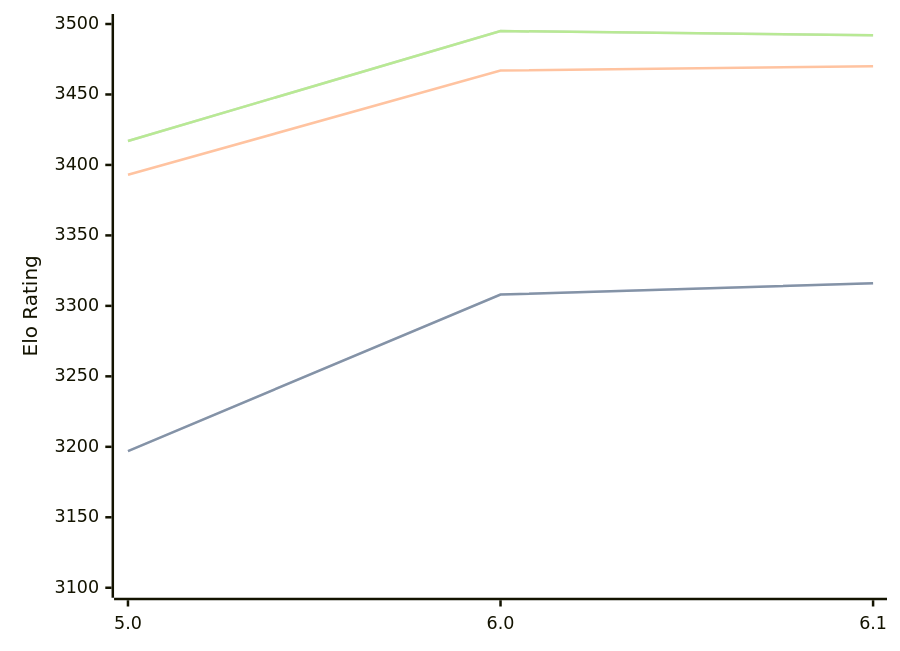
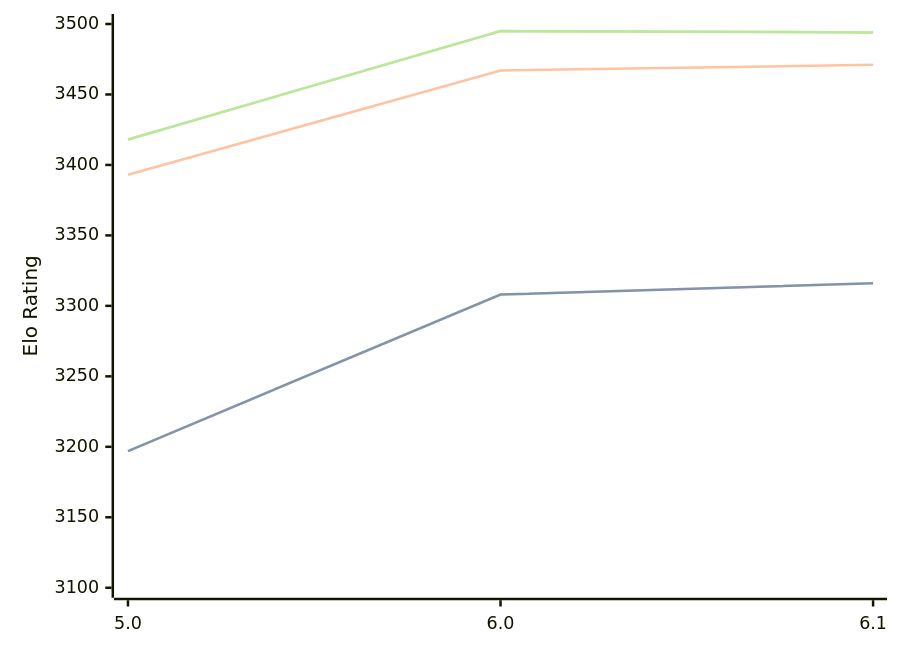
One commit to computer-chess-index/cci changed the third of 3 diagrams in engines/Starzix.md. Above: the diagram before and after it, drawn with Mermaid. The commit also changed other lines of this file, not shown here.

Commit message:
Update CCI Ratings (ELO VLTC) - 2026-06-21

````diff
--- a/engines/Starzix.md
+++ b/engines/Starzix.md
@@ -70,11 +70,11 @@
 ```mermaid
 %%{init: {"theme":"base","themeVariables":{"seriesColors:['#a3a3a3','#222221','#faa371']}}}%%
 xychart-beta
   x-axis ["5.0", "6.0", "6.1"]
   y-axis "Elo Rating" 3100 --> 3500
   line "STC (8.0+0.08s)" [3197, 3308, 3316]
   line "STC (8.0+0.08s)" [3197, 3308, 3316]
-  line "LTC (60.0+0.60s)" [3393, 3467, 3470]
-  line "VLTC (2m24s+1.12s)" [3417, 3495, 3492]
-  line "VLTC (2m24s+1.12s)" [3417, 3495, 3492]
+  line "LTC (60.0+0.60s)" [3393, 3467, 3471]
+  line "VLTC (2m24s+1.12s)" [3418, 3495, 3494]
+  line "VLTC (2m24s+1.12s)" [3418, 3495, 3494]
 ```
````
